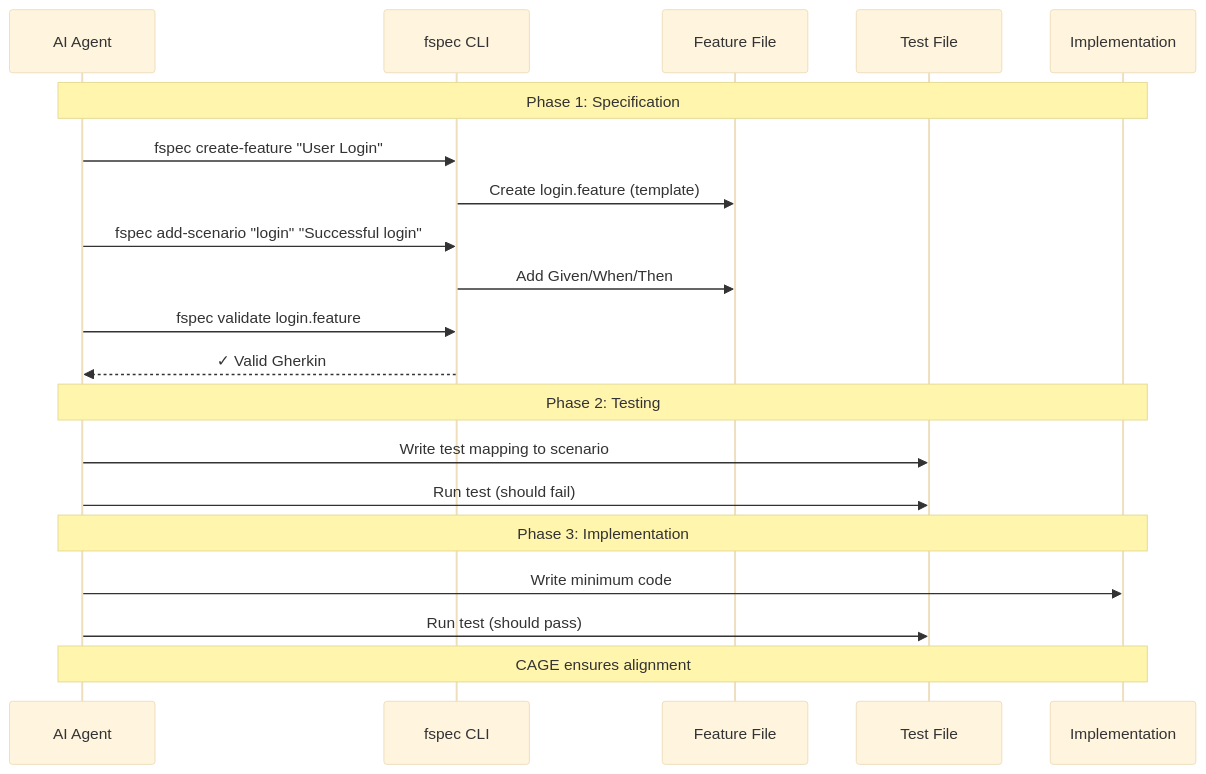
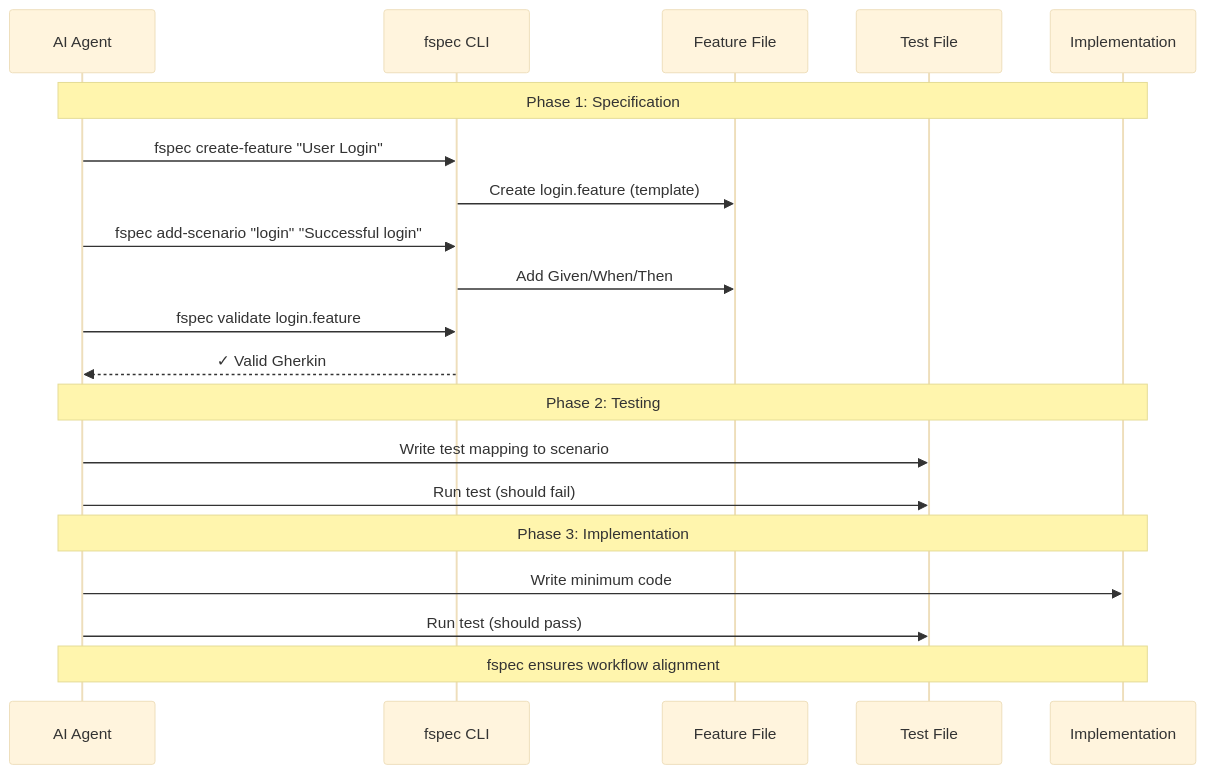
The third of 11 diagrams in spec/FOUNDATION.md (sengac/fspec), drawn with Mermaid (base theme) before and after one commit. The commit also changed other lines of this file and 16 other files, not shown here.

````diff
--- a/spec/FOUNDATION.md
+++ b/spec/FOUNDATION.md
@@ -339,26 +339,26 @@
 ```mermaid
 sequenceDiagram
     participant AI as AI Agent
     participant FSPEC as fspec CLI
     participant FEAT as Feature File
     participant TEST as Test File
     participant CODE as Implementation
 
     Note over AI,CODE: Phase 1: Specification
     AI->>FSPEC: fspec create-feature "User Login"
     FSPEC->>FEAT: Create login.feature (template)
     AI->>FSPEC: fspec add-scenario "login" "Successful login"
     FSPEC->>FEAT: Add Given/When/Then
     AI->>FSPEC: fspec validate login.feature
     FSPEC-->>AI: ✓ Valid Gherkin
 
     Note over AI,CODE: Phase 2: Testing
     AI->>TEST: Write test mapping to scenario
     AI->>TEST: Run test (should fail)
 
     Note over AI,CODE: Phase 3: Implementation
     AI->>CODE: Write minimum code
     AI->>TEST: Run test (should pass)
 
-    Note over AI,CODE: CAGE ensures alignment
+    Note over AI,CODE: fspec ensures workflow alignment
 ```
````
